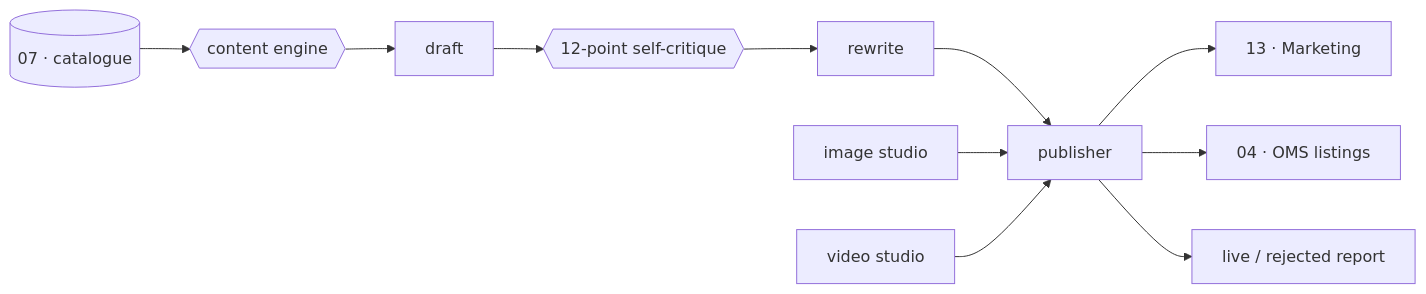
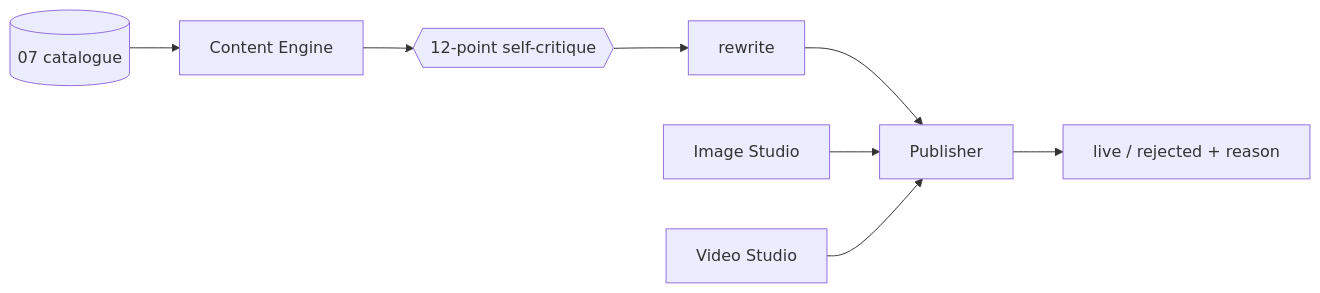
Diagram 14 of 16 in VASTRANGAM_MODULES_COMPLETE.md (vastrangam/AI_Content_Engine), drawn with Mermaid before and after one commit. The commit also changed other lines of this file and 1 other file, not shown here.

First line of the commit message:
Rewrite module book at app + screen level (78 apps, BUILT/SPEC marked)

````diff
--- a/VASTRANGAM_MODULES_COMPLETE.md
+++ b/VASTRANGAM_MODULES_COMPLETE.md
@@ -1268,13 +1006,9 @@
 ```mermaid
 flowchart LR
-  INV[(07 · catalogue)] --> ENG{{content engine}}
-  ENG --> DRAFT[draft]
-  DRAFT --> CRIT{{12-point self-critique}}
-  CRIT --> REWRITE[rewrite]
-  REWRITE --> PUB[publisher]
-  IMG[image studio] --> PUB
-  VID[video studio] --> PUB
-  PUB --> MKT[13 · Marketing]
-  PUB --> OMS[04 · OMS listings]
-  PUB --> REPORT[live / rejected report]
+  INV[(07 catalogue)] --> ENG[Content Engine]
+  ENG --> CRIT{{12-point self-critique}} --> REW[rewrite]
+  REW --> PUB[Publisher]
+  IMG[Image Studio] --> PUB
+  VID[Video Studio] --> PUB
+  PUB --> REPORT[live / rejected + reason]
 ```
````
